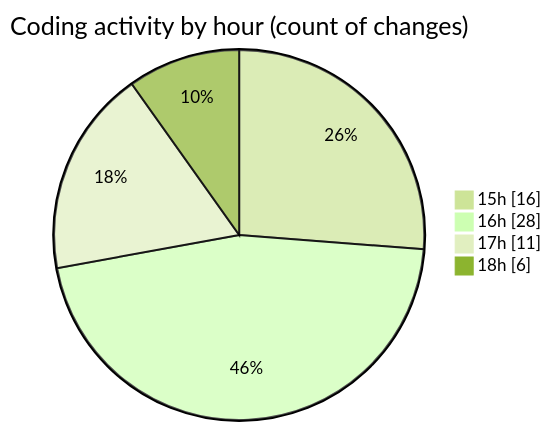
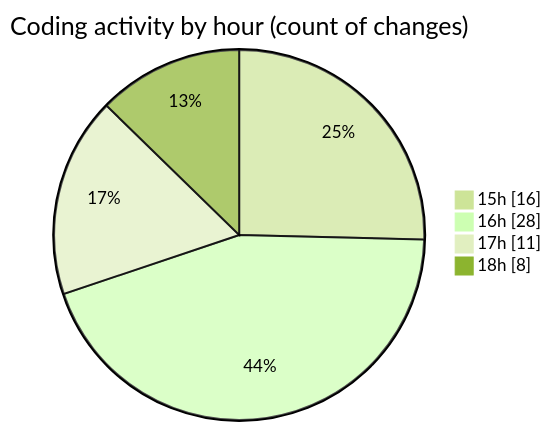
One commit to mevix1/code-tracking changed the second of 2 diagrams in 2025-10-01/oura-api/README.md. Above: the diagram before and after it, drawn with Mermaid (forest theme). The commit also changed other lines of this file and 1 other file, not shown here.

````diff
--- a/2025-10-01/oura-api/README.md
+++ b/2025-10-01/oura-api/README.md
@@ -67,8 +69,8 @@
 ```mermaid
 pie showData
 title Coding activity by hour (count of changes)
 "15h" : 16
 "16h" : 28
 "17h" : 11
-"18h" : 6
+"18h" : 8
 ```
````
